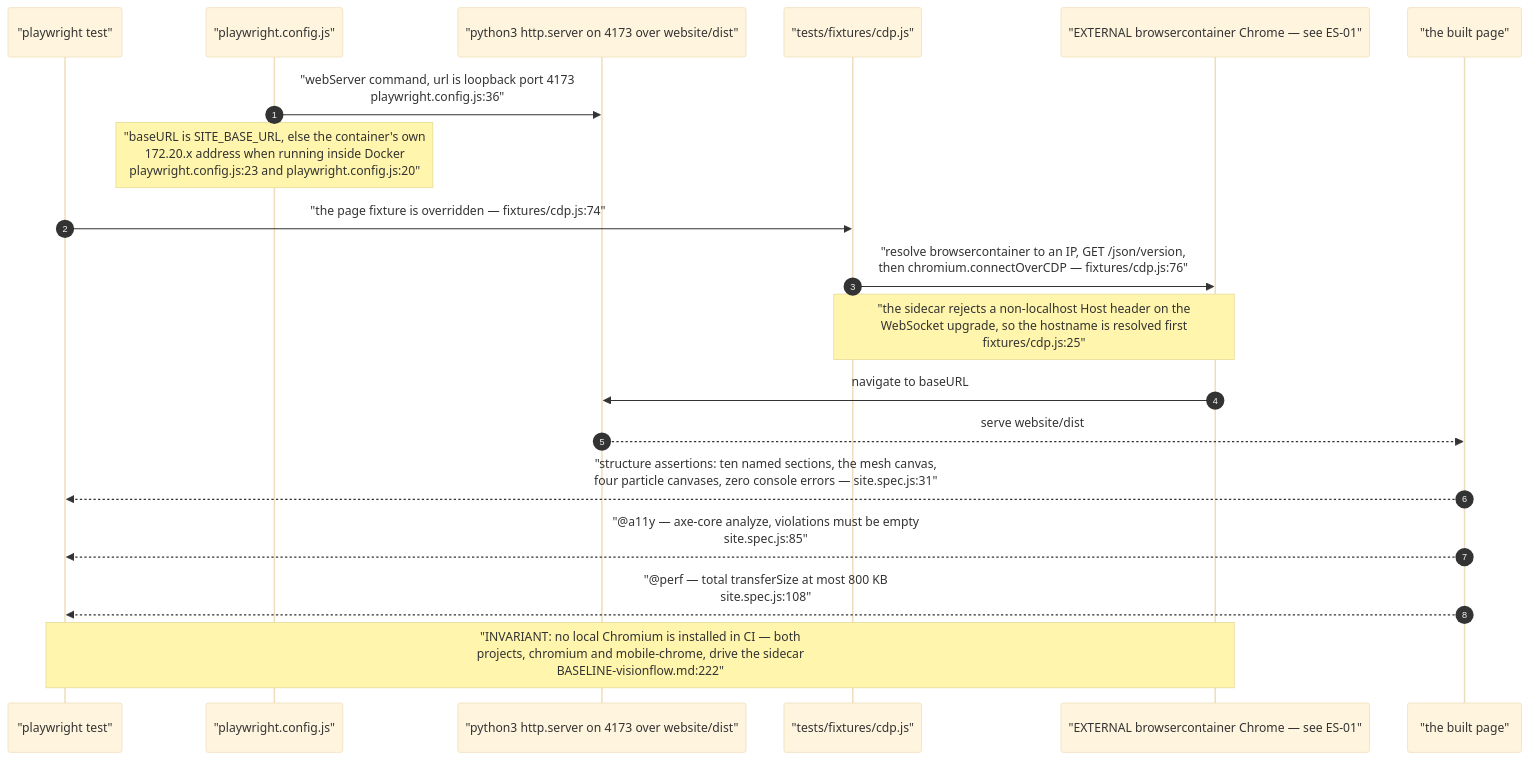
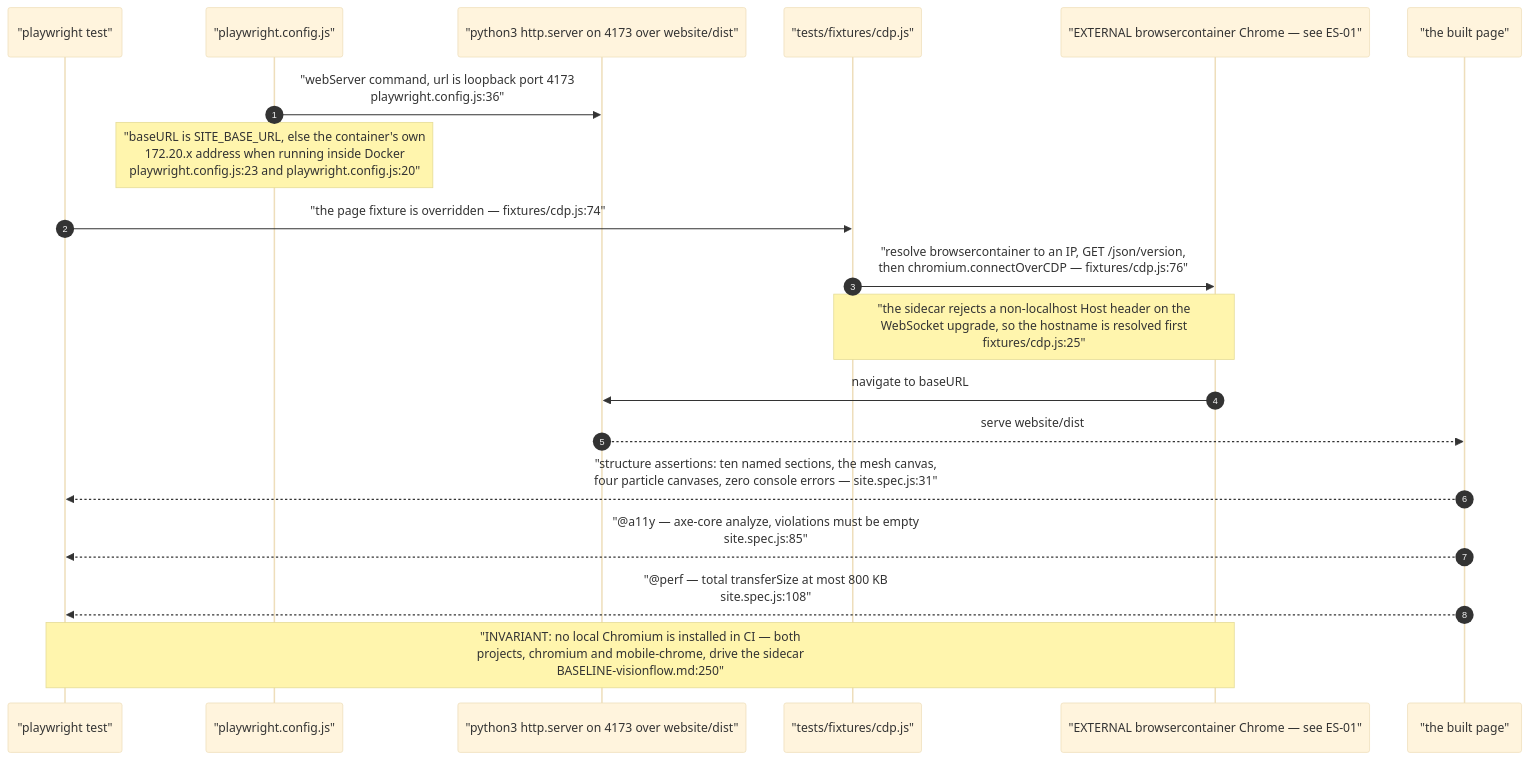
The tenth of 12 diagrams in docs/diagrams/visionflow/02-website-build-and-deploy.md (DreamLab-AI/VisionFlow), drawn with Mermaid (base theme) before and after one commit. The commit also changed other lines of this file and 7 other files, not shown here.

````diff
--- a/docs/diagrams/visionflow/02-website-build-and-deploy.md
+++ b/docs/diagrams/visionflow/02-website-build-and-deploy.md
@@ -289,22 +290,22 @@
 ```mermaid
 sequenceDiagram
     autonumber
     participant T as "playwright test"
     participant C as "playwright.config.js"
     participant WS as "python3 http.server on 4173 over website/dist"
     participant FX as "tests/fixtures/cdp.js"
     participant CH as "EXTERNAL browsercontainer Chrome — see ES-01"
     participant P as "the built page"
 
     C->>WS: "webServer command, url is loopback port 4173<br/>playwright.config.js:36"
     Note over C: "baseURL is SITE_BASE_URL, else the container's own<br/>172.20.x address when running inside Docker<br/>playwright.config.js:23 and playwright.config.js:20"
     T->>FX: "the page fixture is overridden — fixtures/cdp.js:74"
     FX->>CH: "resolve browsercontainer to an IP, GET /json/version,<br/>then chromium.connectOverCDP — fixtures/cdp.js:76"
     Note over FX,CH: "the sidecar rejects a non-localhost Host header on the<br/>WebSocket upgrade, so the hostname is resolved first<br/>fixtures/cdp.js:25"
     CH->>WS: navigate to baseURL
     WS-->>P: serve website/dist
     P-->>T: "structure assertions: ten named sections, the mesh canvas,<br/>four particle canvases, zero console errors — site.spec.js:31"
     P-->>T: "@a11y — axe-core analyze, violations must be empty<br/>site.spec.js:85"
     P-->>T: "@perf — total transferSize at most 800 KB<br/>site.spec.js:108"
-    Note over T,CH: "INVARIANT: no local Chromium is installed in CI — both<br/>projects, chromium and mobile-chrome, drive the sidecar<br/>BASELINE-visionflow.md:222"
+    Note over T,CH: "INVARIANT: no local Chromium is installed in CI — both<br/>projects, chromium and mobile-chrome, drive the sidecar<br/>BASELINE-visionflow.md:250"
 ```
````
